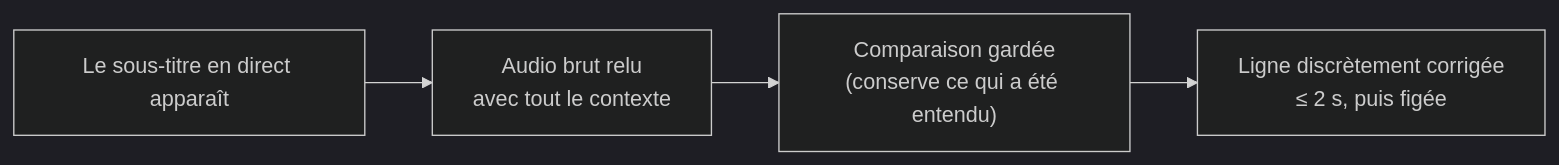
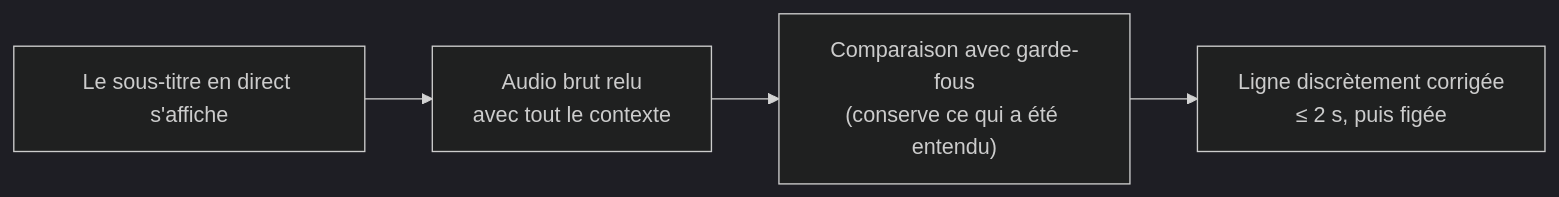
One commit to rpalm01-star/VigilantEarLegal changed the third of 4 diagrams in README_fr.md. Above: the diagram before and after it, drawn with Mermaid (dark theme). The commit also changed other lines of this file and 29 other files, not shown here.

````diff
--- a/README_fr.md
+++ b/README_fr.md
@@ -149,4 +157,4 @@
 ```mermaid
 graph LR
-    L["Le sous-titre en direct apparaît"] --> K["Audio brut relu<br/>avec tout le contexte"] --> V["Comparaison gardée<br/>(conserve ce qui a été entendu)"] --> W["Ligne discrètement corrigée<br/>≤ 2 s, puis figée"]
+    L["Le sous-titre en direct s'affiche"] --> K["Audio brut relu<br/>avec tout le contexte"] --> V["Comparaison avec garde-fous<br/>(conserve ce qui a été entendu)"] --> W["Ligne discrètement corrigée<br/>≤ 2 s, puis figée"]
 ```
````
